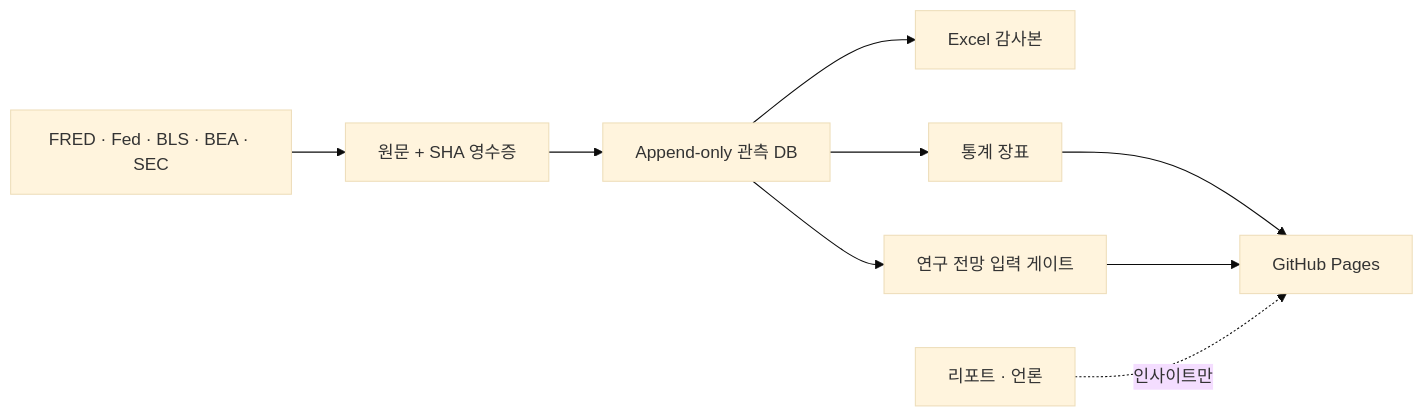
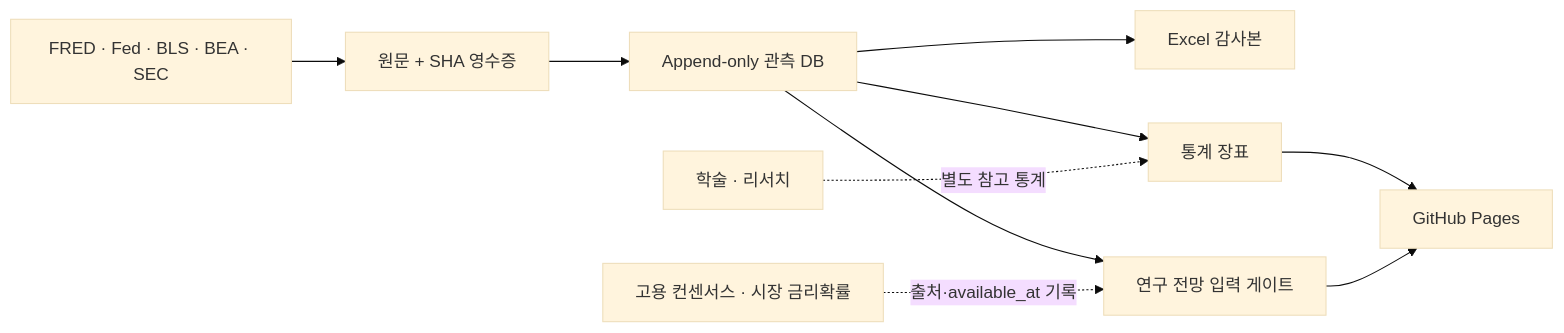
One commit to Sung-JinPark/Jin-s-investing-prediction changed the diagram in README.md. Above: the diagram before and after it, drawn with Mermaid (base theme). The commit also changed other lines of this file and 22 other files, not shown here.

````diff
--- a/README.md
+++ b/README.md
@@ -35,11 +35,12 @@
 ```mermaid
 flowchart LR
     A["FRED · Fed · BLS · BEA · SEC"] --> B["원문 + SHA 영수증"]
     B --> C["Append-only 관측 DB"]
     C --> D["Excel 감사본"]
     C --> E["통계 장표"]
     C --> F["연구 전망 입력 게이트"]
     E --> G["GitHub Pages"]
     F --> G
-    R["리포트 · 언론"] -. "인사이트만" .-> G
+    R["학술 · 리서치"] -. "별도 참고 통계" .-> E
+    M["고용 컨센서스 · 시장 금리확률"] -. "출처·available_at 기록" .-> F
 ```
````
